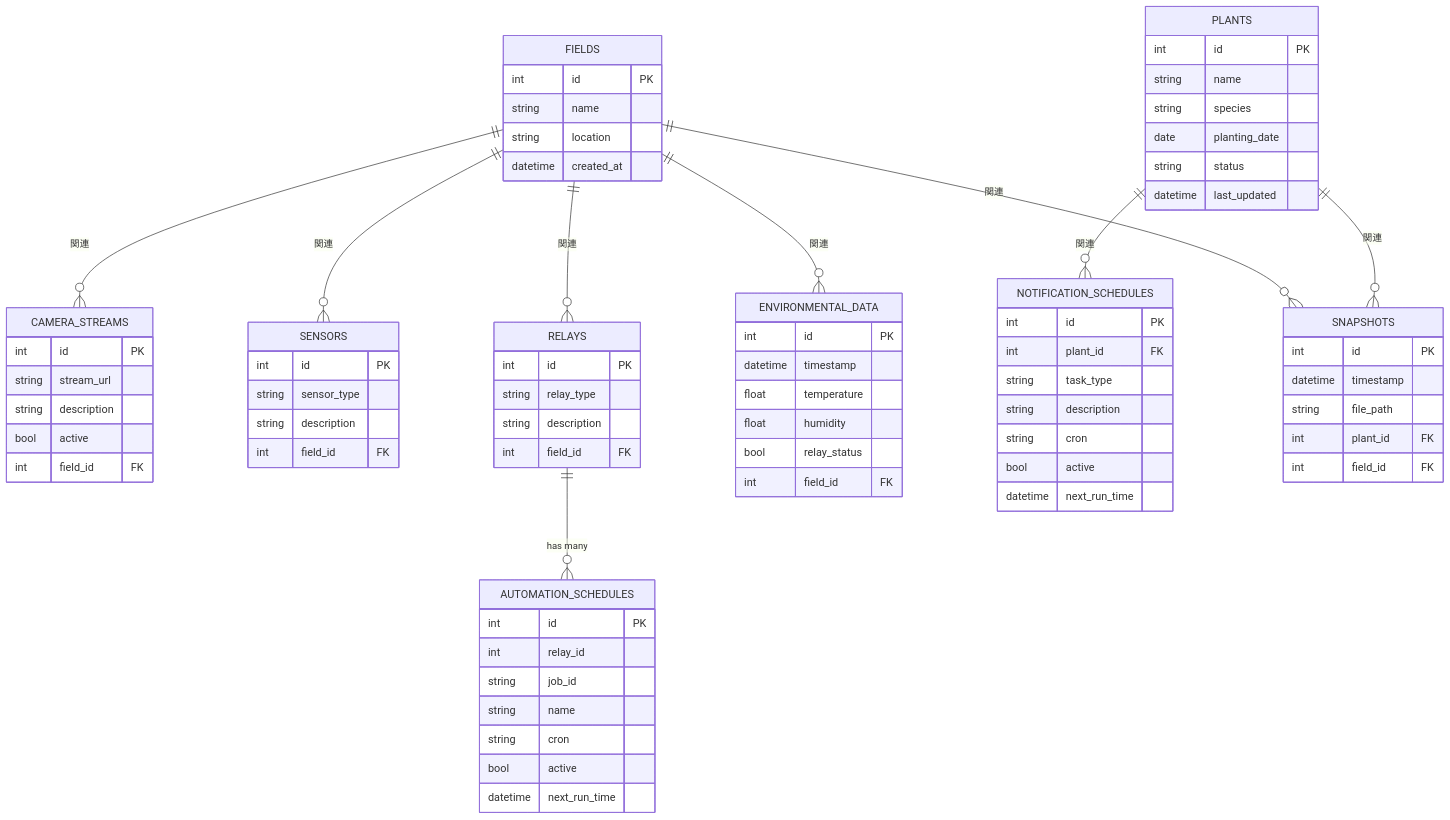
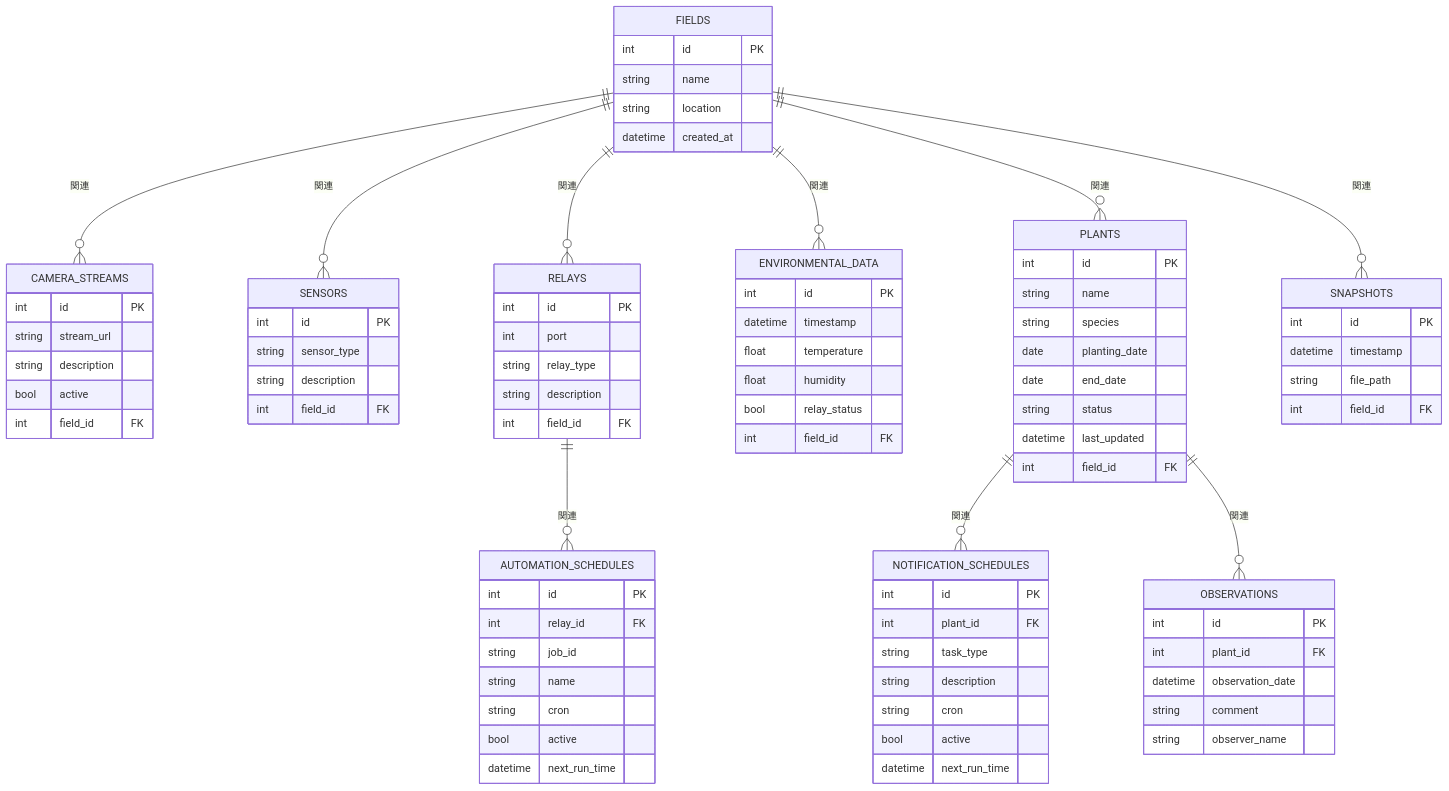
The diagram in docs/database.md (so2OhYUUGI/nae-log), drawn with Mermaid before and after one commit. The commit also changed other lines of this file, not shown here.

````diff
--- a/docs/database.md
+++ b/docs/database.md
@@ -26,6 +30,7 @@
 
     RELAYS {
         int id PK
+        int port
         string relay_type
         string description
         int field_id FK
@@ -42,7 +47,7 @@
 
     AUTOMATION_SCHEDULES {
         int id PK
-        int relay_id
+        int relay_id FK
         string job_id
         string name
         string cron
@@ -65,16 +70,25 @@
         string name
         string species
         date planting_date
+				date end_date
         string status
         datetime last_updated
+        int field_id FK
     }
 
     SNAPSHOTS {
         int id PK
         datetime timestamp
         string file_path
+        int field_id FK
+    }
+
+    OBSERVATIONS {
+        int id PK
         int plant_id FK
-        int field_id FK
+        datetime observation_date
+        string comment
+        string observer_name
     }
 
     FIELDS ||--o{ CAMERA_STREAMS : "関連"
@@ -82,7 +96,9 @@
     FIELDS ||--o{ RELAYS : "関連"
     FIELDS ||--o{ ENVIRONMENTAL_DATA : "関連"
     FIELDS ||--o{ SNAPSHOTS : "関連"
+    FIELDS ||--o{ PLANTS: "関連"
     PLANTS ||--o{ NOTIFICATION_SCHEDULES : "関連"
-    PLANTS ||--o{ SNAPSHOTS : "関連"
-    RELAYS ||--o{ AUTOMATION_SCHEDULES: "has many"
+    PLANTS ||--o{ OBSERVATIONS : "関連"
+    RELAYS ||--o{ AUTOMATION_SCHEDULES: "関連"
+
 ```
````
